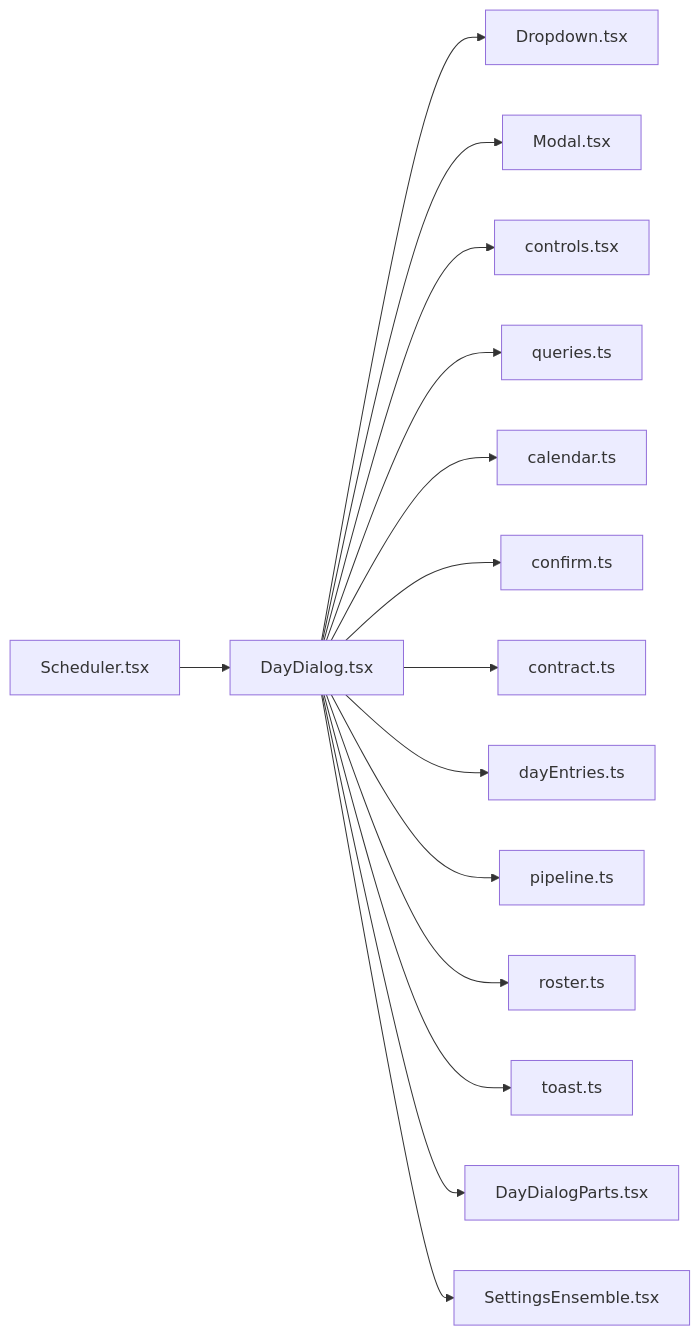
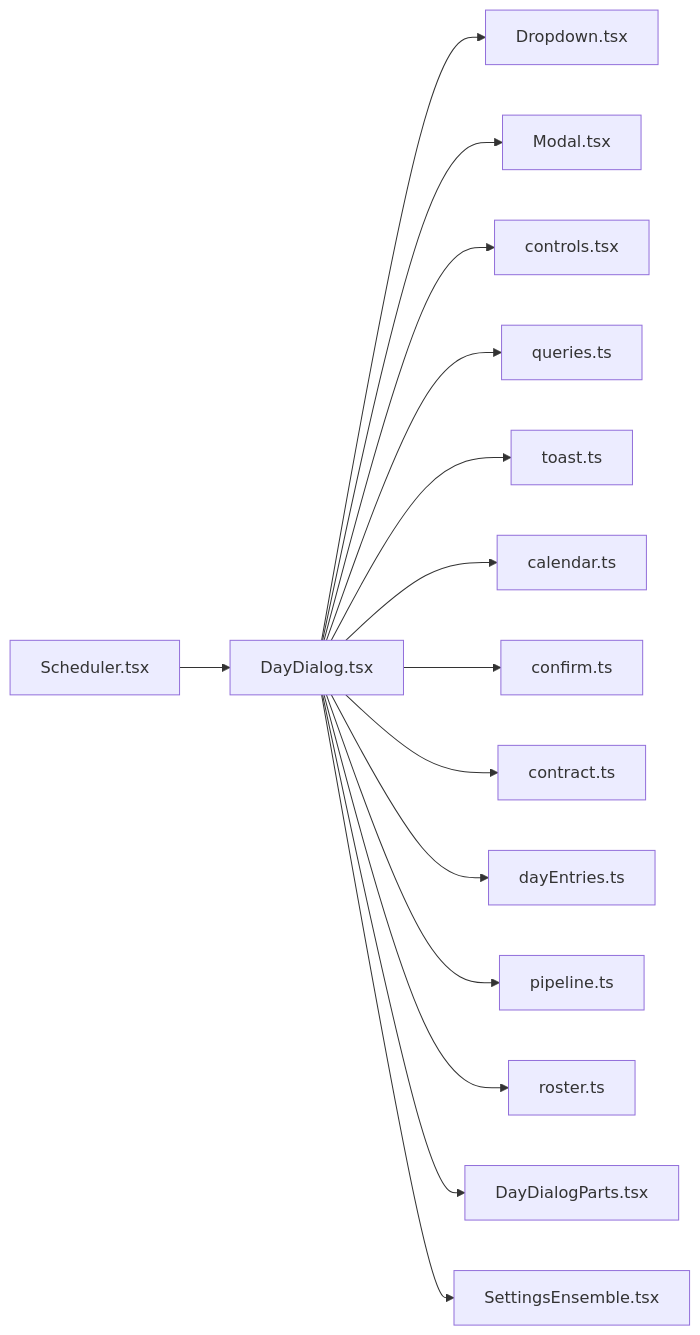
The diagram in .cluedoc/graph/frontend/src/routes/DayDialog.md (minkong-dev/Banblit), drawn with Mermaid before and after one commit. The commit also changed other lines of this file and 47 other files, not shown here.

Commit message:
frontend: move toast into components

````diff
--- a/.cluedoc/graph/frontend/src/routes/DayDialog.md
+++ b/.cluedoc/graph/frontend/src/routes/DayDialog.md
@@ -10,18 +10,18 @@
 ```mermaid
 flowchart LR
   frontend_src_routes_DayDialog["DayDialog.tsx"]
   frontend_src_routes_DayDialog --> frontend_src_components_Dropdown["Dropdown.tsx"]
   frontend_src_routes_DayDialog --> frontend_src_components_Modal["Modal.tsx"]
   frontend_src_routes_DayDialog --> frontend_src_components_controls["controls.tsx"]
   frontend_src_routes_DayDialog --> frontend_src_components_queries["queries.ts"]
+  frontend_src_routes_DayDialog --> frontend_src_components_toast["toast.ts"]
   frontend_src_routes_DayDialog --> frontend_src_lib_calendar["calendar.ts"]
   frontend_src_routes_DayDialog --> frontend_src_lib_confirm["confirm.ts"]
   frontend_src_routes_DayDialog --> frontend_src_lib_contract["contract.ts"]
   frontend_src_routes_DayDialog --> frontend_src_lib_dayEntries["dayEntries.ts"]
   frontend_src_routes_DayDialog --> frontend_src_lib_pipeline["pipeline.ts"]
   frontend_src_routes_DayDialog --> frontend_src_lib_roster["roster.ts"]
-  frontend_src_routes_DayDialog --> frontend_src_lib_toast["toast.ts"]
   frontend_src_routes_DayDialog --> frontend_src_routes_DayDialogParts["DayDialogParts.tsx"]
   frontend_src_routes_DayDialog --> frontend_src_routes_SettingsEnsemble["SettingsEnsemble.tsx"]
   frontend_src_routes_Scheduler["Scheduler.tsx"] --> frontend_src_routes_DayDialog
 ```
````
